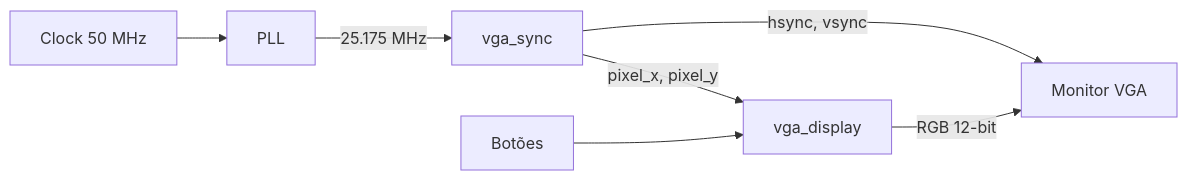
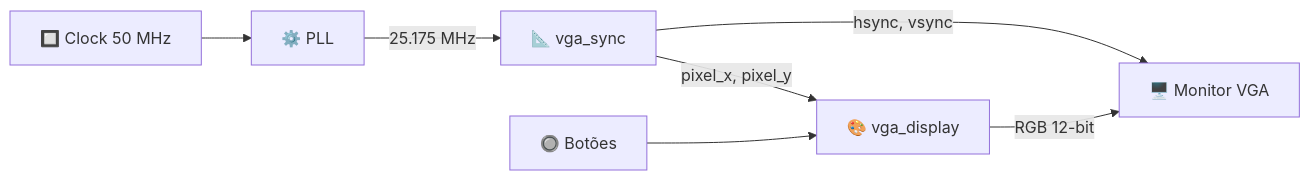
The diagram in docs/index.md (therajora/fpga-vga-controller), drawn with Mermaid before and after one commit. The commit also changed other lines of this file and 21 other files, not shown here.

````diff
--- a/docs/index.md
+++ b/docs/index.md
@@ -5,9 +5,9 @@
 ```{mermaid}
 flowchart LR
-    CLK50["Clock 50 MHz"] --> PLL["PLL"]
-    PLL -->|25.175 MHz| SYNC["vga_sync"]
-    SYNC -->|pixel_x, pixel_y| DISP["vga_display"]
-    BTN["Botões"] --> DISP
-    DISP -->|RGB 12-bit| VGA["Monitor VGA"]
+    CLK50["🔲 Clock 50 MHz"] --> PLL["⚙️ PLL"]
+    PLL -->|25.175 MHz| SYNC["📐 vga_sync"]
+    SYNC -->|pixel_x, pixel_y| DISP["🎨 vga_display"]
+    BTN["🔘 Botões"] --> DISP
+    DISP -->|RGB 12-bit| VGA["🖥️ Monitor VGA"]
     SYNC -->|hsync, vsync| VGA
 ```
````
